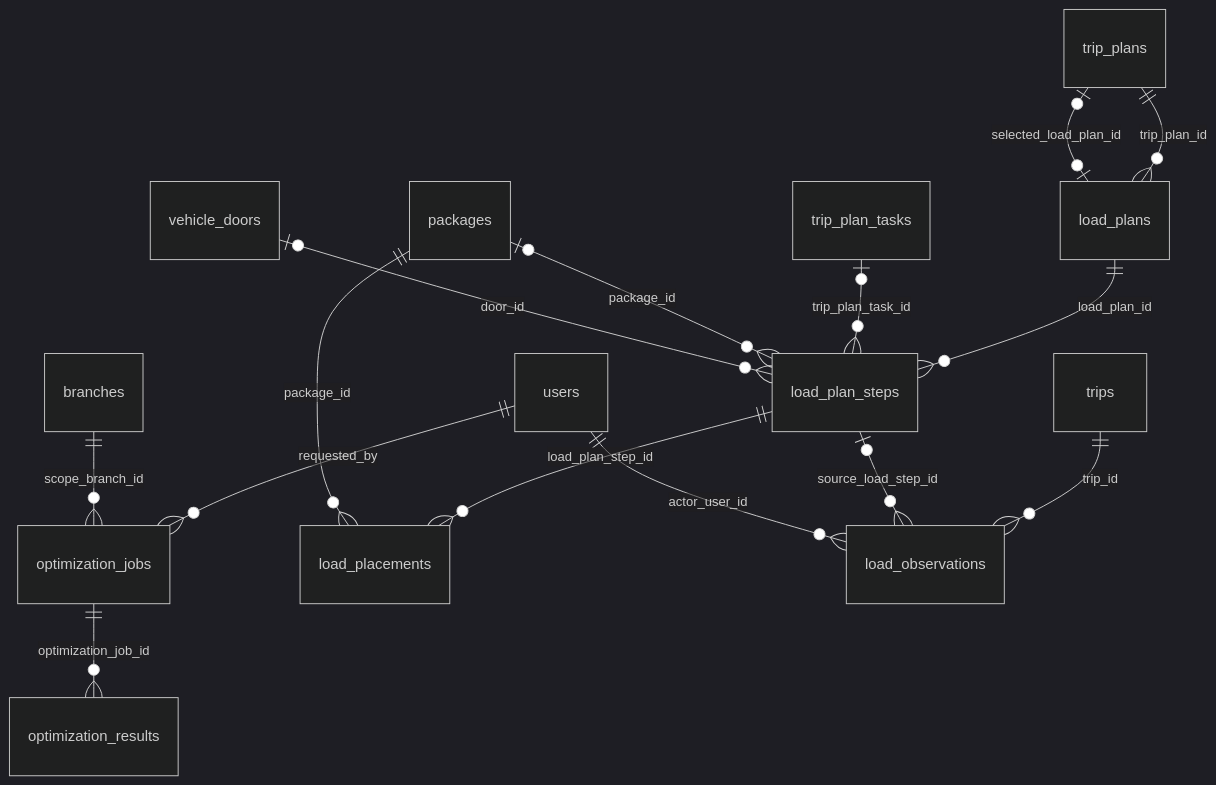
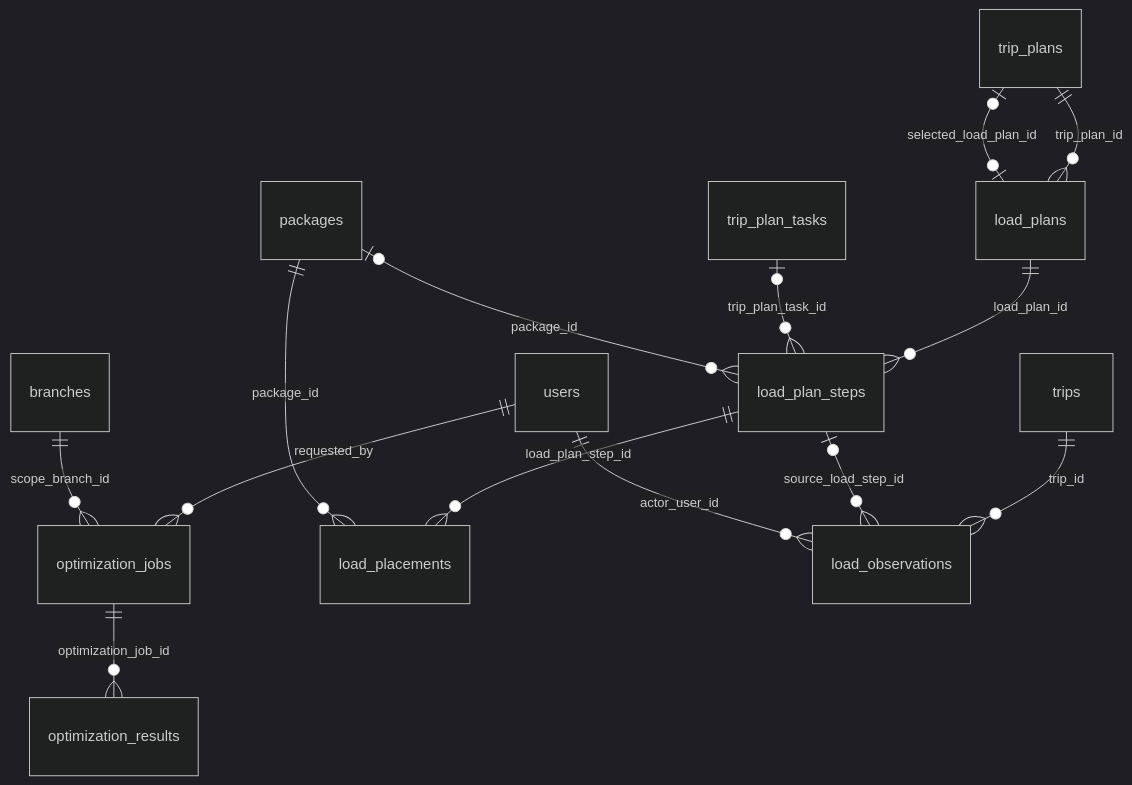
One commit to Bang334/Project-Logictists changed the fifth of 8 diagrams in THIET_KE_DATABASE.md. Above: the diagram before and after it, drawn with Mermaid (dark theme). The commit also changed other lines of this file and 34 other files, not shown here.

````diff
--- a/THIET_KE_DATABASE.md
+++ b/THIET_KE_DATABASE.md
@@ -388,17 +383,16 @@
 ```mermaid
 erDiagram
     users ||--o{ optimization_jobs : requested_by
     branches ||--o{ optimization_jobs : scope_branch_id
     optimization_jobs ||--o{ optimization_results : optimization_job_id
     trip_plans ||--o{ load_plans : trip_plan_id
     load_plans o|--o| trip_plans : selected_load_plan_id
     load_plans ||--o{ load_plan_steps : load_plan_id
     trip_plan_tasks o|--o{ load_plan_steps : trip_plan_task_id
     packages o|--o{ load_plan_steps : package_id
-    vehicle_doors o|--o{ load_plan_steps : door_id
     load_plan_steps ||--o{ load_placements : load_plan_step_id
     packages ||--o{ load_placements : package_id
     trips ||--o{ load_observations : trip_id
     load_plan_steps o|--o{ load_observations : source_load_step_id
     users ||--o{ load_observations : actor_user_id
 ```
````
